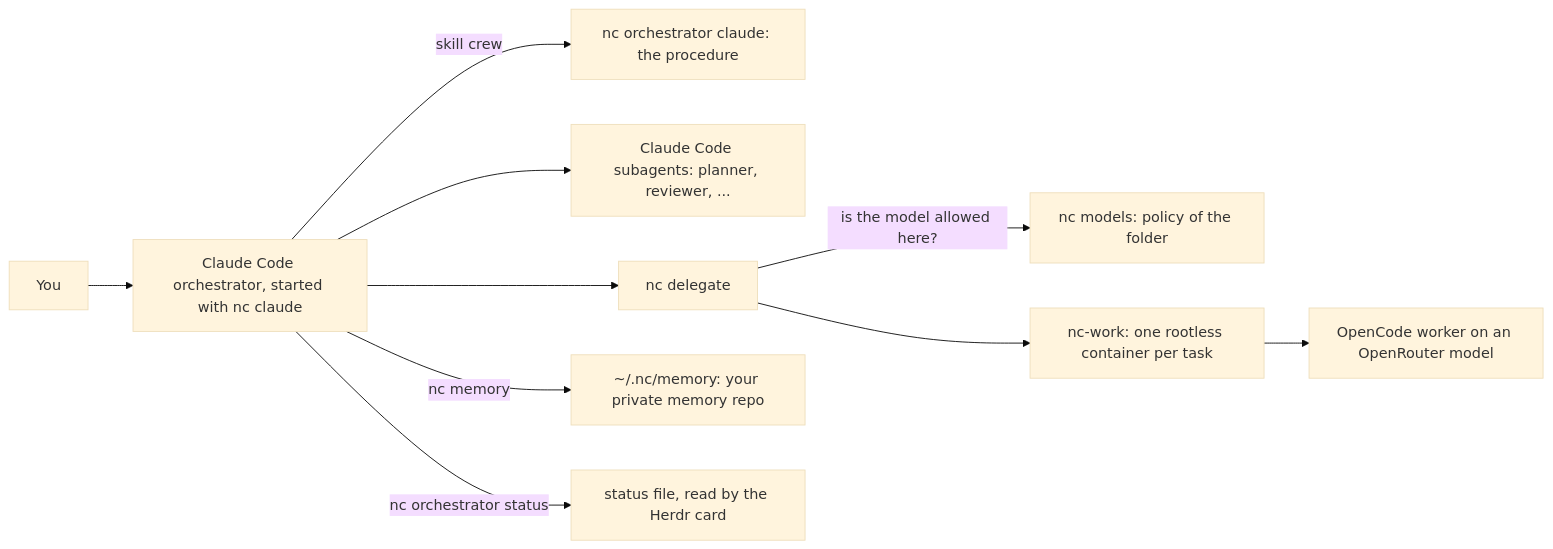
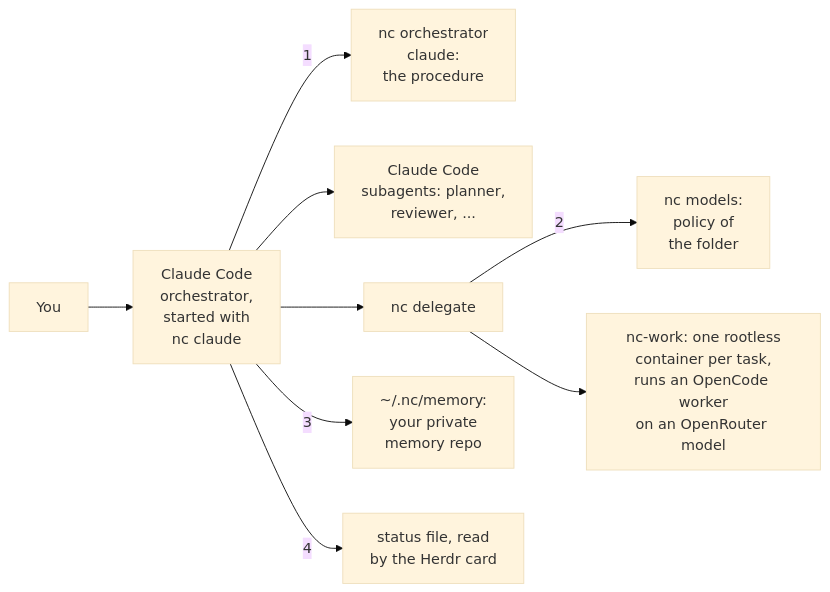
The first of 4 diagrams in README.md (iAmSerathion/nc-harness), drawn with Mermaid (base theme) before and after one commit. The commit also changed other lines of this file, not shown here.

Commit message:
README: diagrams fit the page width

````diff
--- a/README.md
+++ b/README.md
@@ -18,12 +18,11 @@
 ```mermaid
 flowchart LR
-  U["You"] --> O["Claude Code orchestrator, started with nc claude"]
-  O -->|"skill crew"| P["nc orchestrator claude: the procedure"]
-  O --> SA["Claude Code subagents: planner, reviewer, ..."]
+  U["You"] --> O["Claude Code<br/>orchestrator,<br/>started with<br/>nc claude"]
+  O -->|"1"| P["nc orchestrator<br/>claude:<br/>the procedure"]
+  O --> SA["Claude Code<br/>subagents: planner,<br/>reviewer, ..."]
   O --> D["nc delegate"]
-  D -->|"is the model allowed here?"| NM["nc models: policy of the folder"]
-  D --> NW["nc-work: one rootless container per task"]
-  NW --> W["OpenCode worker on an OpenRouter model"]
-  O -->|"nc memory"| MEM["~/.nc/memory: your private memory repo"]
-  O -->|"nc orchestrator status"| SF["status file, read by the Herdr card"]
+  D -->|"2"| NM["nc models:<br/>policy of<br/>the folder"]
+  D --> NW["nc-work: one rootless<br/>container per task,<br/>runs an OpenCode worker<br/>on an OpenRouter model"]
+  O -->|"3"| MEM["~/.nc/memory:<br/>your private<br/>memory repo"]
+  O -->|"4"| SF["status file, read<br/>by the Herdr card"]
 ```
````
